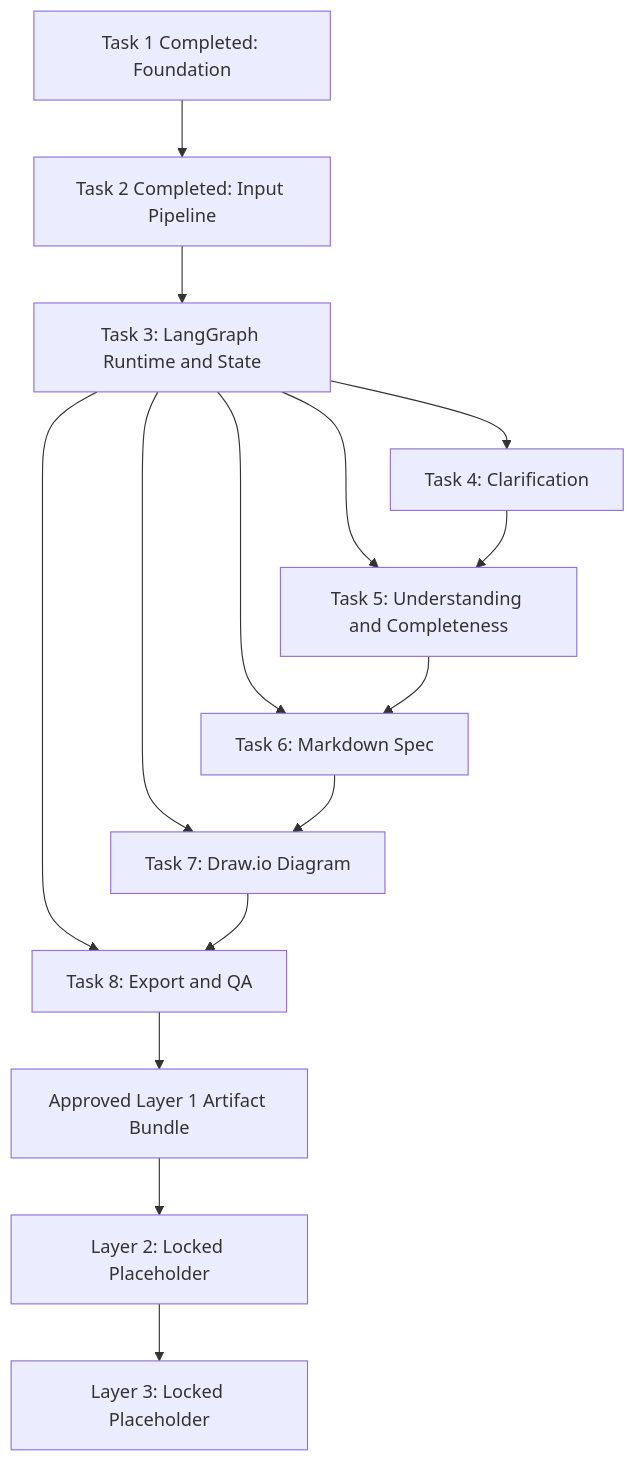
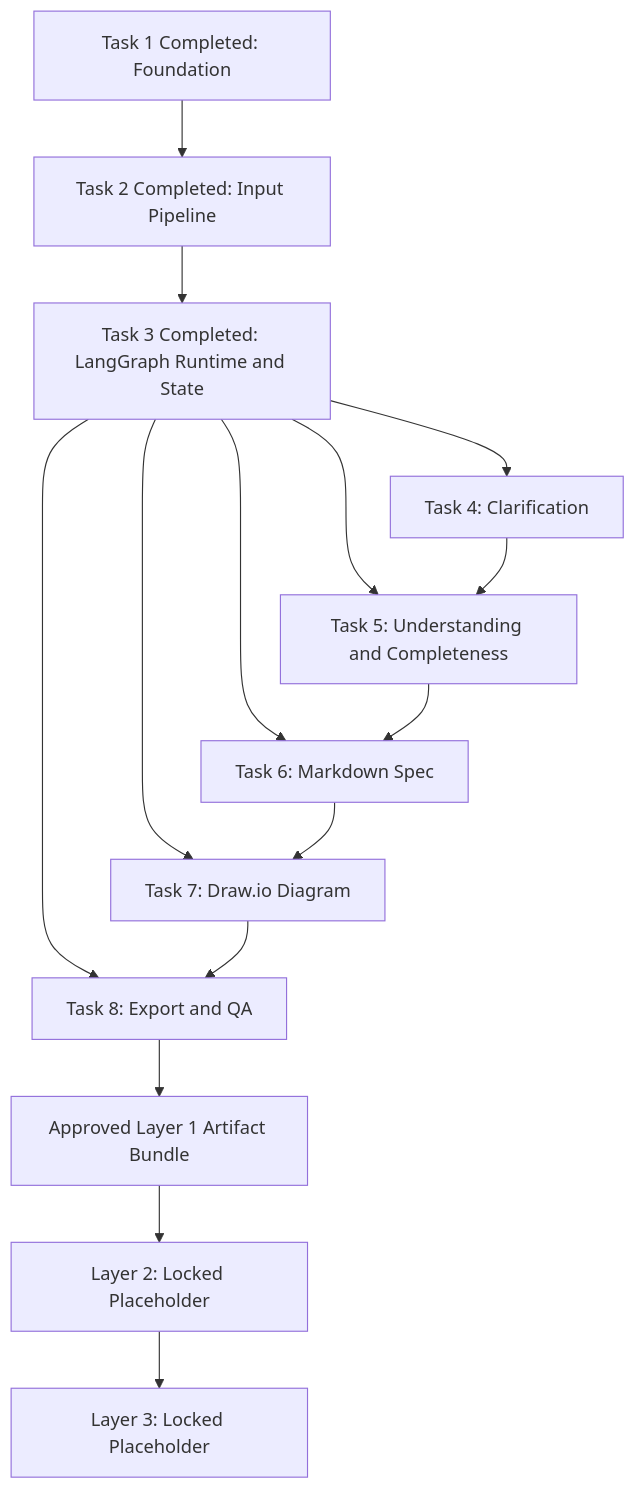
Before and after one commit to ProductMasterz/Mujarrad-Frontend: diagram 20 of 20 in Docs/system-design-detailed-plan.md, drawn with Mermaid. The commit also changed other lines of this file and 5 other files, not shown here.

````diff
--- a/Docs/system-design-detailed-plan.md
+++ b/Docs/system-design-detailed-plan.md
@@ -3532,29 +3601,29 @@
 ```mermaid
 flowchart TD
     T1[Task 1 Completed: Foundation]
     T2[Task 2 Completed: Input Pipeline]
-    T3[Task 3: LangGraph Runtime and State]
+    T3[Task 3 Completed: LangGraph Runtime and State]
     T4[Task 4: Clarification]
     T5[Task 5: Understanding and Completeness]
     T6[Task 6: Markdown Spec]
     T7[Task 7: Draw.io Diagram]
     T8[Task 8: Export and QA]
 
     T1 --> T2
     T2 --> T3
 
     T3 --> T4
     T3 --> T5
     T3 --> T6
     T3 --> T7
     T3 --> T8
 
     T4 --> T5
     T5 --> T6
     T6 --> T7
     T7 --> T8
 
     T8 --> A[Approved Layer 1 Artifact Bundle]
     A --> L2[Layer 2: Locked Placeholder]
     L2 --> L3[Layer 3: Locked Placeholder]
 ```
````
